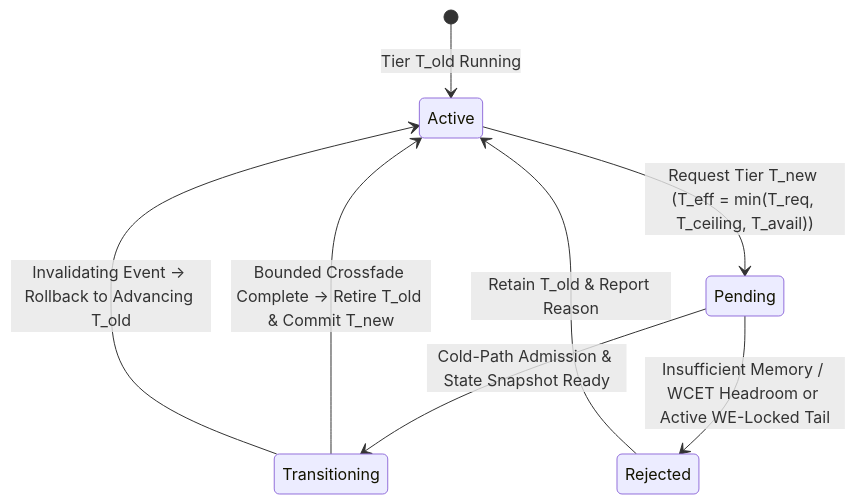
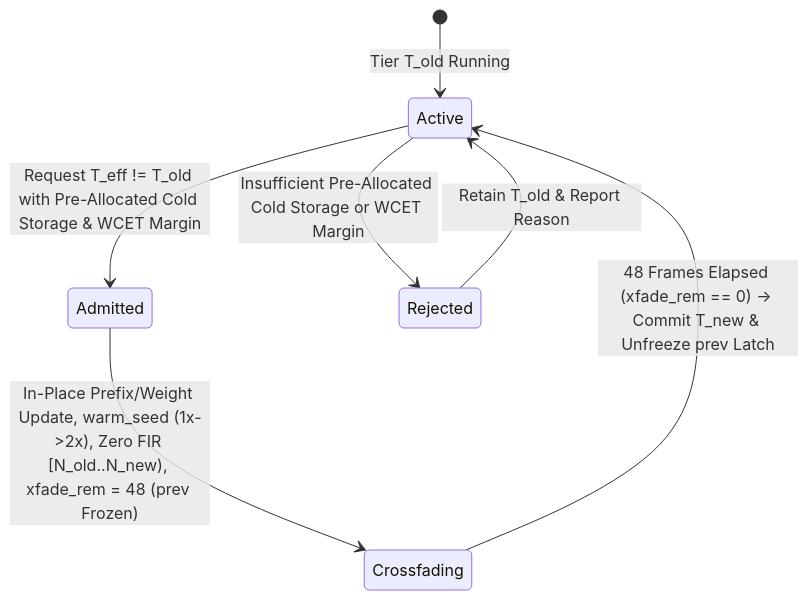
Before and after one commit to mokugen/dnam: the fifth of 7 diagrams in docs/specs/architecture/sona_architecture.md, drawn with Mermaid. The commit also changed other lines of this file and 11 other files, not shown here.

````diff
--- a/docs/specs/architecture/sona_architecture.md
+++ b/docs/specs/architecture/sona_architecture.md
@@ -544,10 +569,9 @@
 ```mermaid
 stateDiagram-v2
     [*] --> Active: Tier T_old Running
-    Active --> Pending: Request Tier T_new (T_eff = min(T_req, T_ceiling, T_avail))
-    Pending --> Transitioning: Cold-Path Admission & State Snapshot Ready
-    Pending --> Rejected: Insufficient Memory / WCET Headroom or Active WE-Locked Tail
-    Transitioning --> Active: Bounded Crossfade Complete -> Retire T_old & Commit T_new
-    Transitioning --> Active: Invalidating Event -> Rollback to Advancing T_old
+    Active --> Admitted: Request T_eff != T_old with Pre-Allocated Cold Storage & WCET Margin
+    Active --> Rejected: Insufficient Pre-Allocated Cold Storage or WCET Margin
+    Admitted --> Crossfading: In-Place Prefix/Weight Update, warm_seed (1x->2x), Zero FIR [N_old..N_new), xfade_rem = 48 (prev Frozen)
+    Crossfading --> Active: 48 Frames Elapsed (xfade_rem == 0) -> Commit T_new & Unfreeze prev Latch
     Rejected --> Active: Retain T_old & Report Reason
 ```
````
